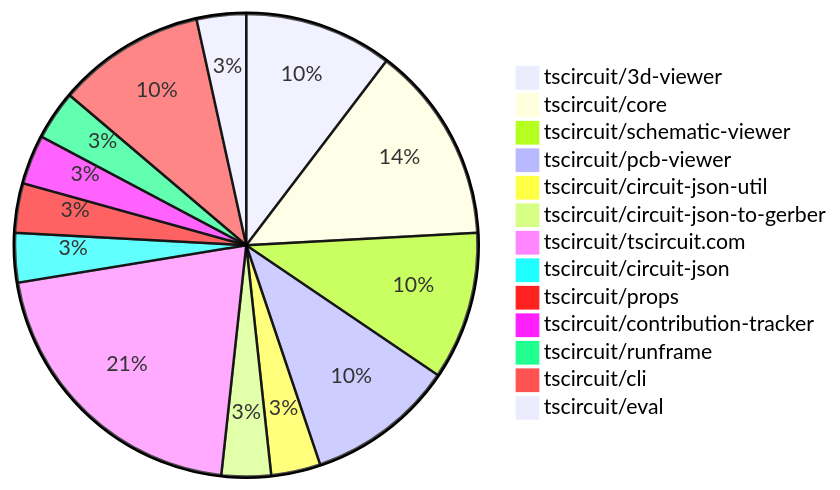
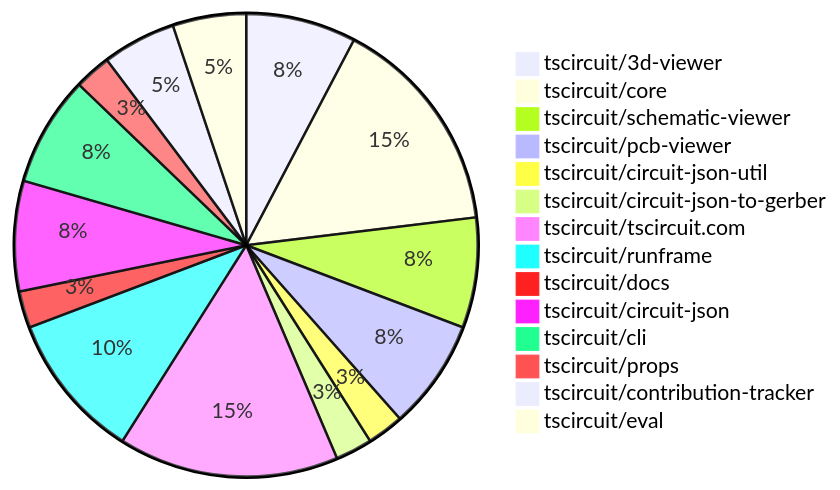
One commit to tscircuit/contribution-tracker changed the diagram in README.md. Above: the diagram before and after it, drawn with Mermaid. The commit also changed other lines of this file and 3 other files, not shown here.

````diff
--- a/README.md
+++ b/README.md
@@ -24,16 +24,17 @@
 ```mermaid
 pie
     "tscircuit/3d-viewer" : 3
-    "tscircuit/core" : 4
+    "tscircuit/core" : 6
     "tscircuit/schematic-viewer" : 3
     "tscircuit/pcb-viewer" : 3
     "tscircuit/circuit-json-util" : 1
     "tscircuit/circuit-json-to-gerber" : 1
     "tscircuit/tscircuit.com" : 6
-    "tscircuit/circuit-json" : 1
+    "tscircuit/runframe" : 4
+    "tscircuit/docs" : 1
+    "tscircuit/circuit-json" : 3
+    "tscircuit/cli" : 3
     "tscircuit/props" : 1
-    "tscircuit/contribution-tracker" : 1
-    "tscircuit/runframe" : 1
-    "tscircuit/cli" : 3
-    "tscircuit/eval" : 1
+    "tscircuit/contribution-tracker" : 2
+    "tscircuit/eval" : 2
 ```
````
